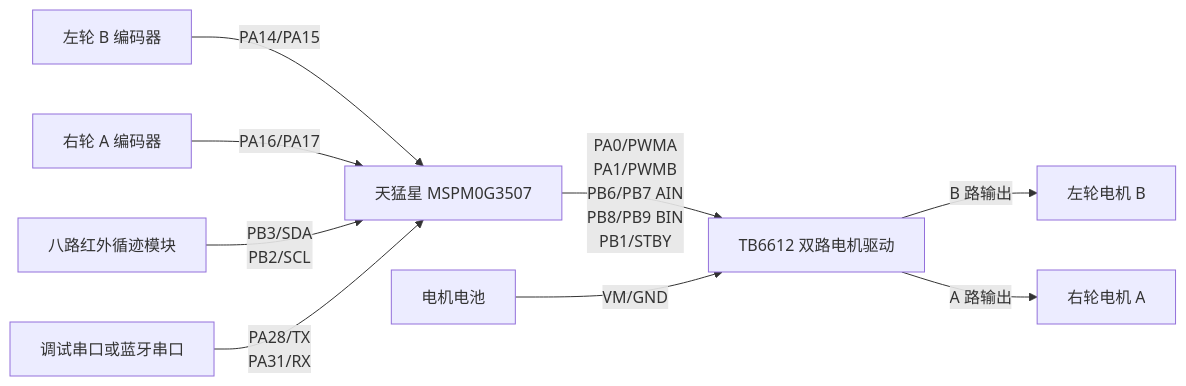
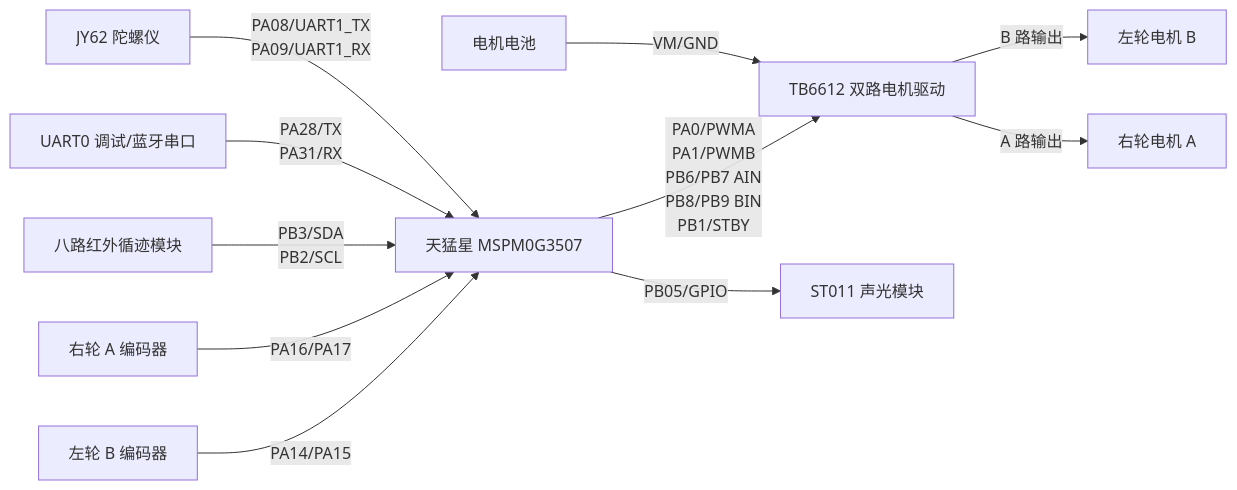
The diagram in 暂行接线图.md (LizhToGo/SDU-NUEDC-Training), drawn with Mermaid before and after one commit. The commit also changed other lines of this file and 3 other files, not shown here.

````diff
--- a/暂行接线图.md
+++ b/暂行接线图.md
@@ -20,21 +20,25 @@
 ```mermaid
 flowchart LR
     MCU["天猛星 MSPM0G3507"]
     TB["TB6612 双路电机驱动"]
     LMotor["左轮电机 B"]
     RMotor["右轮电机 A"]
     EncB["左轮 B 编码器"]
     EncA["右轮 A 编码器"]
     IR["八路红外循迹模块"]
-    UART["调试串口或蓝牙串口"]
+    UART["UART0 调试/蓝牙串口"]
+    JY62["JY62 陀螺仪"]
+    ALARM["ST011 声光模块"]
     BAT["电机电池"]
 
     MCU -- "PA0/PWMA\nPA1/PWMB\nPB6/PB7 AIN\nPB8/PB9 BIN\nPB1/STBY" --> TB
     TB -- "B 路输出" --> LMotor
     TB -- "A 路输出" --> RMotor
     BAT -- "VM/GND" --> TB
     EncB -- "PA14/PA15" --> MCU
     EncA -- "PA16/PA17" --> MCU
     IR -- "PB3/SDA\nPB2/SCL" --> MCU
     UART -- "PA28/TX\nPA31/RX" --> MCU
+    JY62 -- "PA08/UART1_TX\nPA09/UART1_RX" --> MCU
+    MCU -- "PB05/GPIO" --> ALARM
 ```
````
